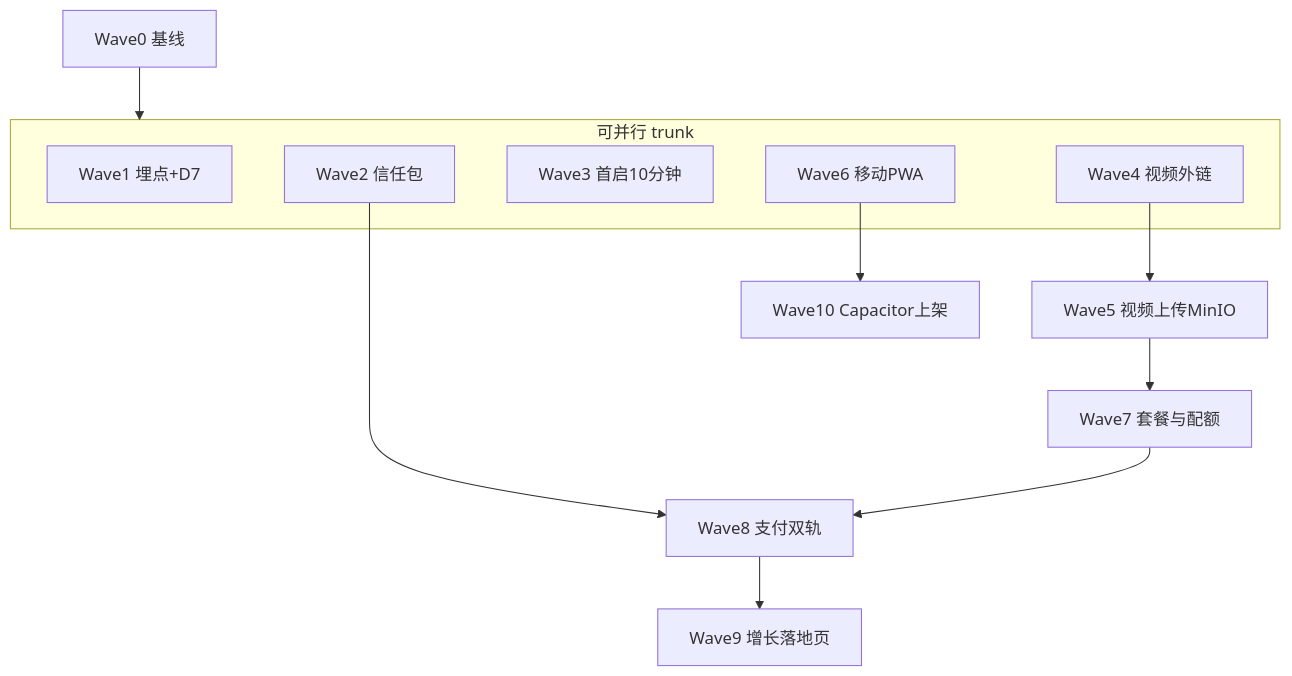
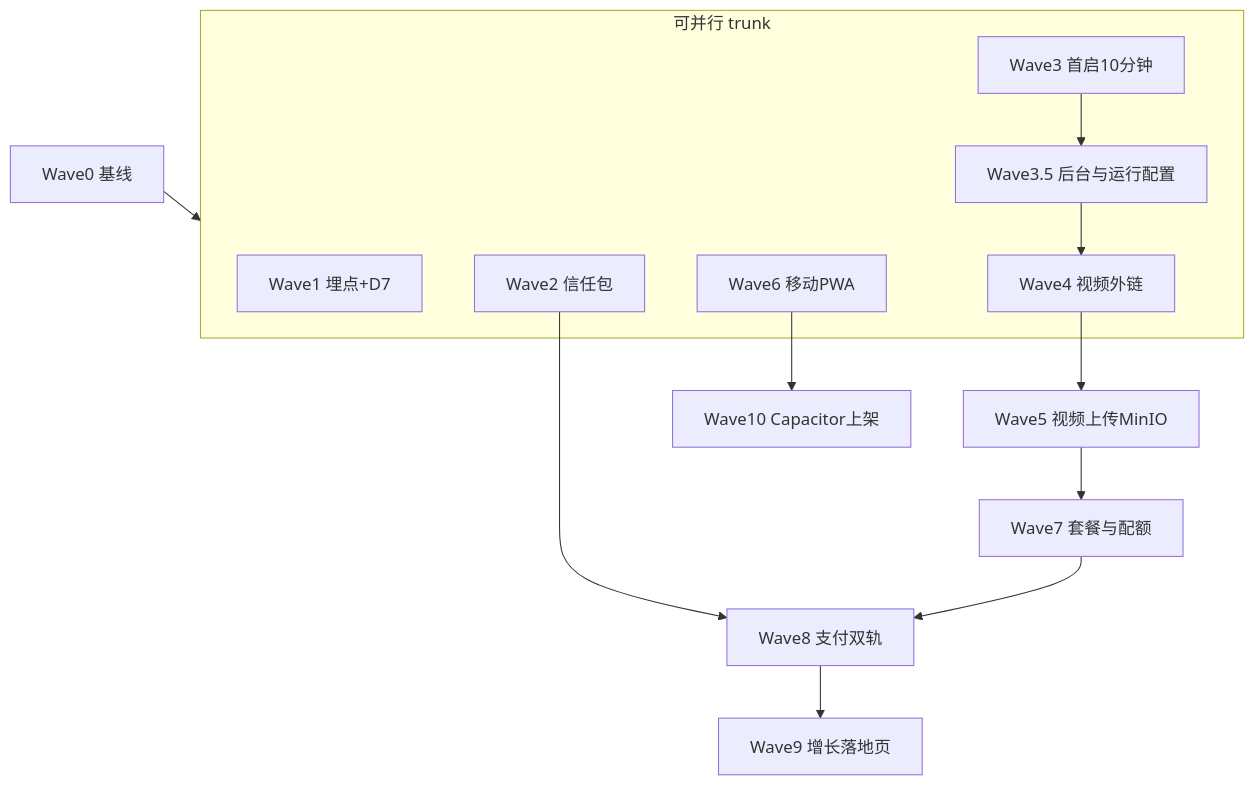
One commit to wind-for-you/learnflow changed the diagram in docs/product/planning/16-agent-saas-dev-plan.md. Above: the diagram before and after it, drawn with Mermaid. The commit also changed other lines of this file and 1 other file, not shown here.

Commit message:
docs(product): Wave 3.5 planning — admin, LLM profiles, DashScope (15/16)

````diff
--- a/docs/product/planning/16-agent-saas-dev-plan.md
+++ b/docs/product/planning/16-agent-saas-dev-plan.md
@@ -56,18 +70,21 @@
 ```mermaid
 flowchart TB
   W0[Wave0 基线]
   subgraph parallel[可并行 trunk]
     W1[Wave1 埋点+D7]
     W2[Wave2 信任包]
     W3[Wave3 首启10分钟]
+    W35[Wave3.5 后台与运行配置]
     W4[Wave4 视频外链]
     W6[Wave6 移动PWA]
   end
   W0 --> parallel
+  W3 --> W35
+  W35 --> W4
   W4 --> W5[Wave5 视频上传MinIO]
   W5 --> W7[Wave7 套餐与配额]
   W2 --> W8[Wave8 支付双轨]
   W7 --> W8
   W6 --> W10[Wave10 Capacitor上架]
   W8 --> W9[Wave9 增长落地页]
 ```
````
